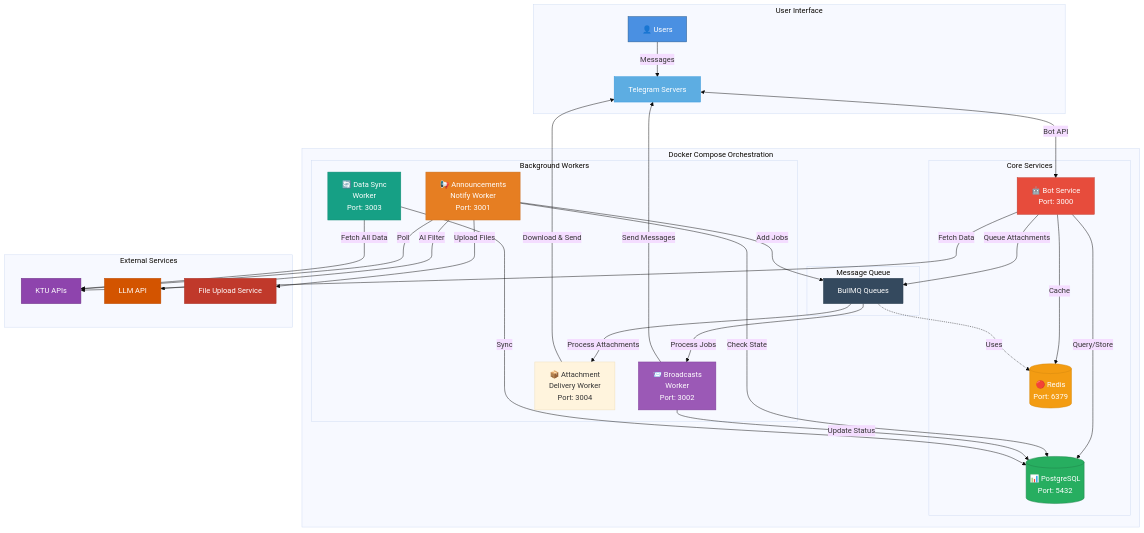
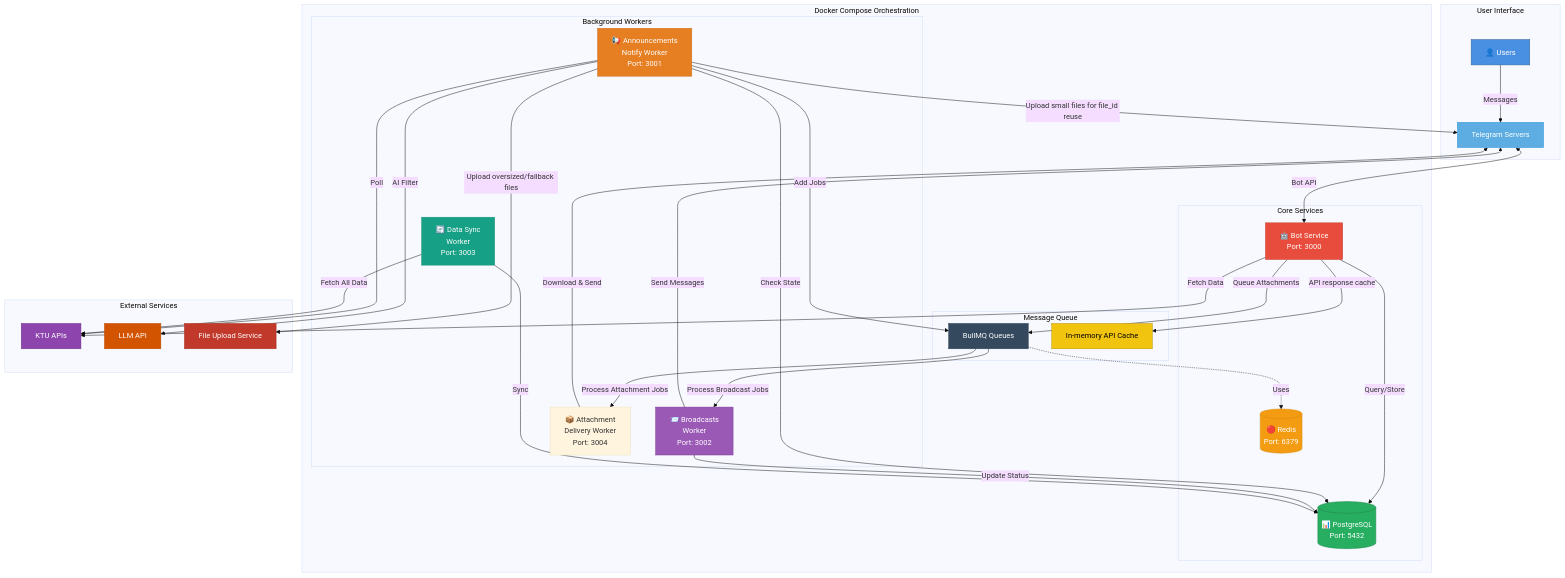
The second of 2 diagrams in docs/working.md (devadathanmb/ktu-bot), drawn with Mermaid (base theme) before and after one commit. The commit also changed other lines of this file and 2 other files, not shown here.

First line of the commit message:
docs: refresh agent guidance and architecture docs

````diff
--- a/docs/working.md
+++ b/docs/working.md
@@ -52,71 +56,74 @@
 ```mermaid
 graph TB
     subgraph "User Interface"
         User[👤 Users]
         TG[Telegram Servers]
     end
 
     subgraph "Docker Compose Orchestration"
         subgraph "Core Services"
             Bot[🤖 Bot Service<br/>Port: 3000]
             DB[(📊 PostgreSQL<br/>Port: 5432)]
             Redis[(🔴 Redis<br/>Port: 6379)]
         end
 
         subgraph "Background Workers"
             NotifyWorker[📢 Announcements<br/>Notify Worker<br/>Port: 3001]
             BroadcastWorker[📨 Broadcasts<br/>Worker<br/>Port: 3002]
             SyncWorker[🔄 Data Sync<br/>Worker<br/>Port: 3003]
             AttachmentWorker[📦 Attachment<br/>Delivery Worker<br/>Port: 3004]
         end
 
         subgraph "Message Queue"
             Queue[BullMQ Queues]
+            ApiCache[In-memory API Cache]
         end
     end
 
     subgraph "External Services"
         KTU[KTU APIs]
         LLM[LLM API]
         FileHost[File Upload Service]
     end
 
     User -->|Messages| TG
     TG <-->|Bot API| Bot
 
     Bot -->|Query/Store| DB
-    Bot -->|Cache| Redis
+    Bot -->|API response cache| ApiCache
     Bot -->|Fetch Data| KTU
 
     NotifyWorker -->|Poll| KTU
     NotifyWorker -->|Check State| DB
     NotifyWorker -->|AI Filter| LLM
-    NotifyWorker -->|Upload Files| FileHost
+    NotifyWorker -->|Upload small files for file_id reuse| TG
+    NotifyWorker -->|Upload oversized/fallback files| FileHost
     NotifyWorker -->|Add Jobs| Queue
 
-    Queue -->|Process Jobs| BroadcastWorker
-    Queue -->|Process Attachments| AttachmentWorker
+    Queue -->|Process Broadcast Jobs| BroadcastWorker
+    Queue -->|Process Attachment Jobs| AttachmentWorker
     BroadcastWorker -->|Send Messages| TG
     BroadcastWorker -->|Update Status| DB
 
     SyncWorker -->|Fetch All Data| KTU
     SyncWorker -->|Sync| DB
 
     Bot -->|Queue Attachments| Queue
     AttachmentWorker -->|Download & Send| TG
 
     Queue -.->|Uses| Redis
 
     style User fill:#4a90e2,stroke:#2e5c8a,color:#fff
     style TG fill:#5dade2,stroke:#3498db,color:#fff
     style Bot fill:#e74c3c,stroke:#c0392b,color:#fff
     style DB fill:#27ae60,stroke:#1e8449,color:#fff
     style Redis fill:#f39c12,stroke:#d68910,color:#fff
+    style ApiCache fill:#f1c40f,stroke:#b7950b,color:#000
     style NotifyWorker fill:#e67e22,stroke:#ca6f1e,color:#fff
     style BroadcastWorker fill:#9b59b6,stroke:#7d3c98,color:#fff
     style SyncWorker fill:#16a085,stroke:#138d75,color:#fff
     style Queue fill:#34495e,stroke:#2c3e50,color:#fff
     style KTU fill:#8e44ad,stroke:#6c3483,color:#fff
     style LLM fill:#d35400,stroke:#ba4a00,color:#fff
     style FileHost fill:#c0392b,stroke:#a93226,color:#fff
 ```
````
